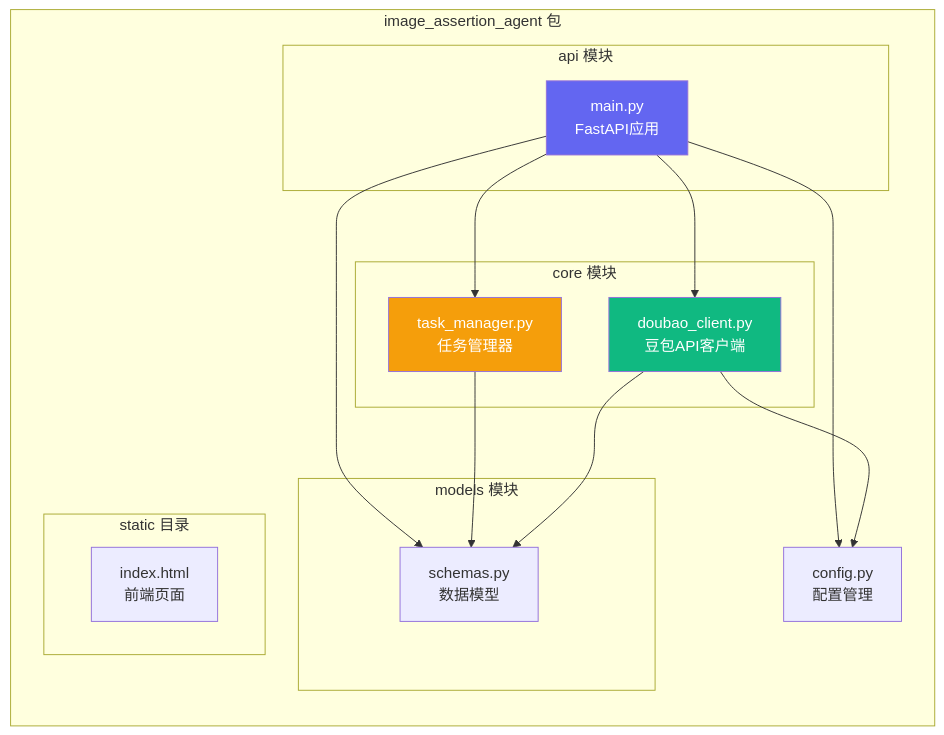
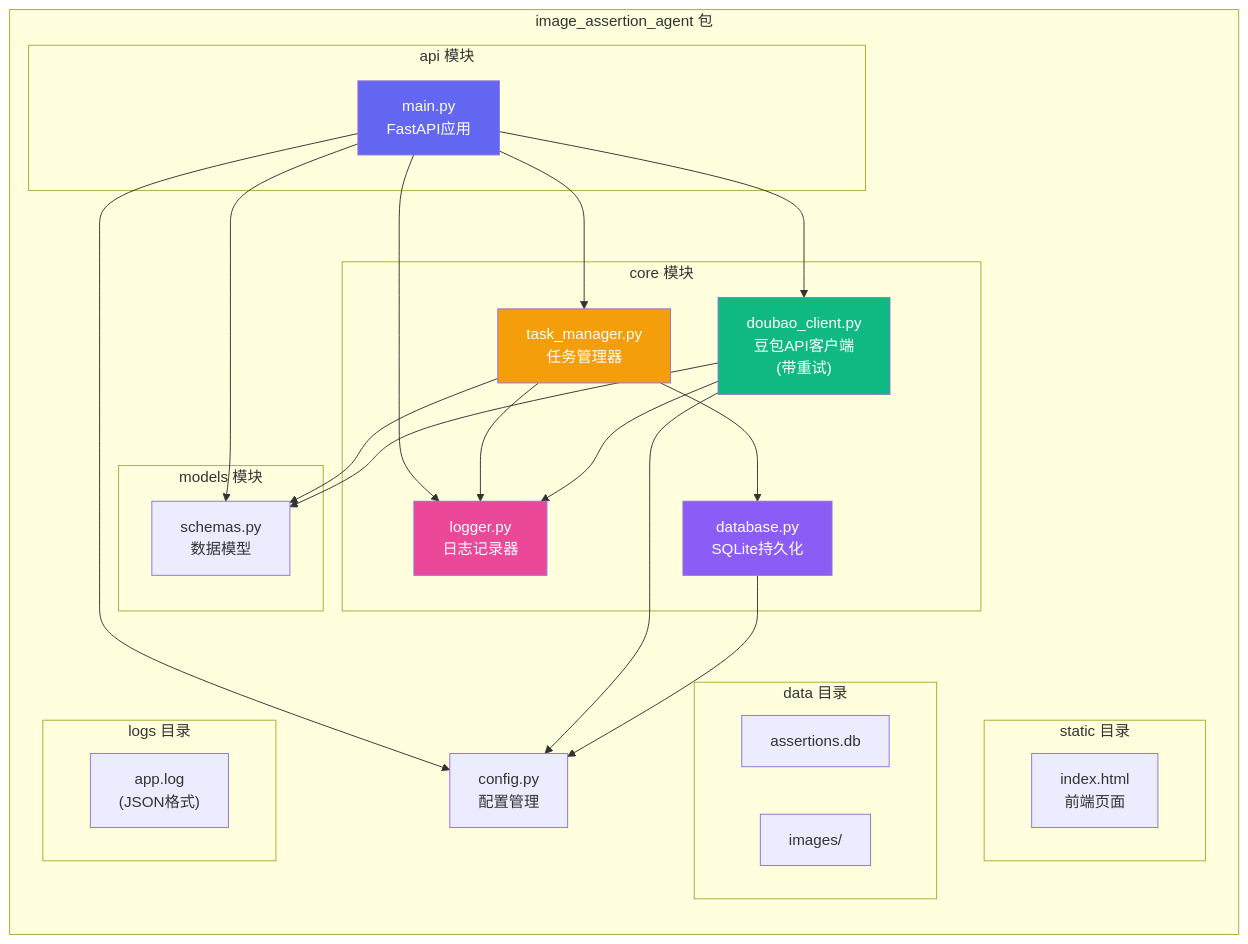
The second of 17 diagrams in image_assertion_agent/docs/TECHNICAL_DOC.md (chengchaoccss/all_stody_notes), drawn with Mermaid before and after one commit. The commit also changed other lines of this file, not shown here.

````diff
--- a/image_assertion_agent/docs/TECHNICAL_DOC.md
+++ b/image_assertion_agent/docs/TECHNICAL_DOC.md
@@ -87,35 +108,53 @@
 ```mermaid
 graph LR
     subgraph image_assertion_agent["image_assertion_agent 包"]
         subgraph api["api 模块"]
             main["main.py<br/>FastAPI应用"]
         end
 
         subgraph core["core 模块"]
-            doubao["doubao_client.py<br/>豆包API客户端"]
+            doubao["doubao_client.py<br/>豆包API客户端<br/>(带重试)"]
             task["task_manager.py<br/>任务管理器"]
+            database["database.py<br/>SQLite持久化"]
+            logger["logger.py<br/>日志记录器"]
         end
 
         subgraph models["models 模块"]
             schemas["schemas.py<br/>数据模型"]
         end
 
         subgraph static["static 目录"]
             html["index.html<br/>前端页面"]
         end
 
+        subgraph data["data 目录"]
+            db["assertions.db"]
+            images["images/"]
+        end
+
+        subgraph logs["logs 目录"]
+            logfile["app.log<br/>(JSON格式)"]
+        end
+
         config["config.py<br/>配置管理"]
     end
 
     main --> doubao
     main --> task
     main --> schemas
     main --> config
+    main --> logger
     task --> schemas
+    task --> database
+    task --> logger
     doubao --> schemas
     doubao --> config
+    doubao --> logger
+    database --> config
 
     style main fill:#6366f1,color:#fff
     style doubao fill:#10b981,color:#fff
     style task fill:#f59e0b,color:#fff
+    style database fill:#8b5cf6,color:#fff
+    style logger fill:#ec4899,color:#fff
 ```
````
